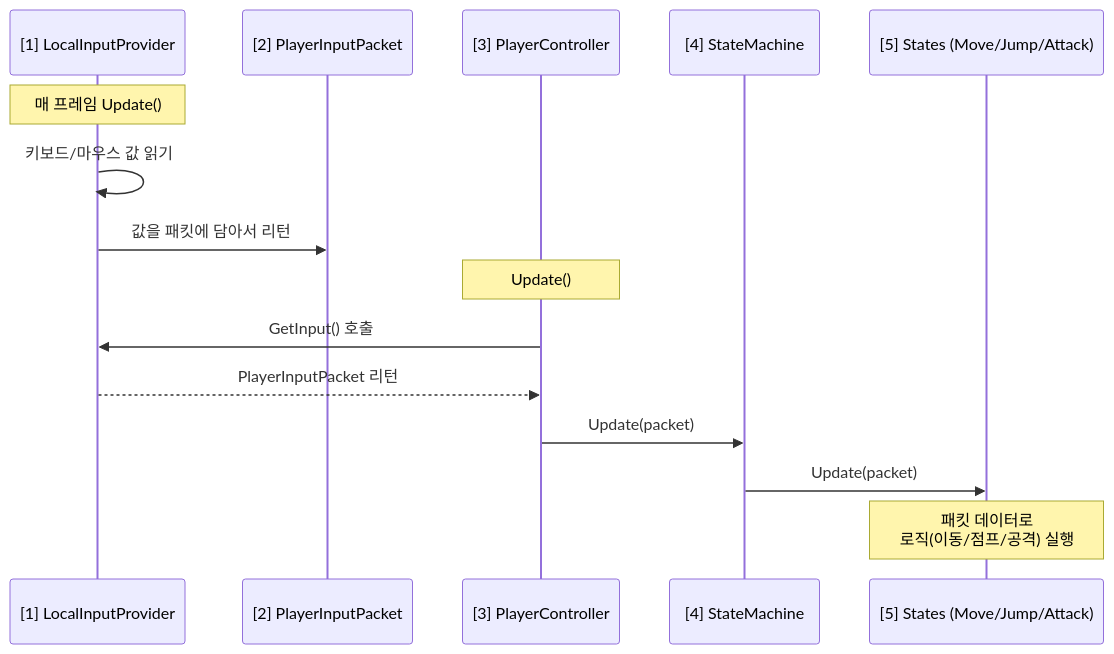
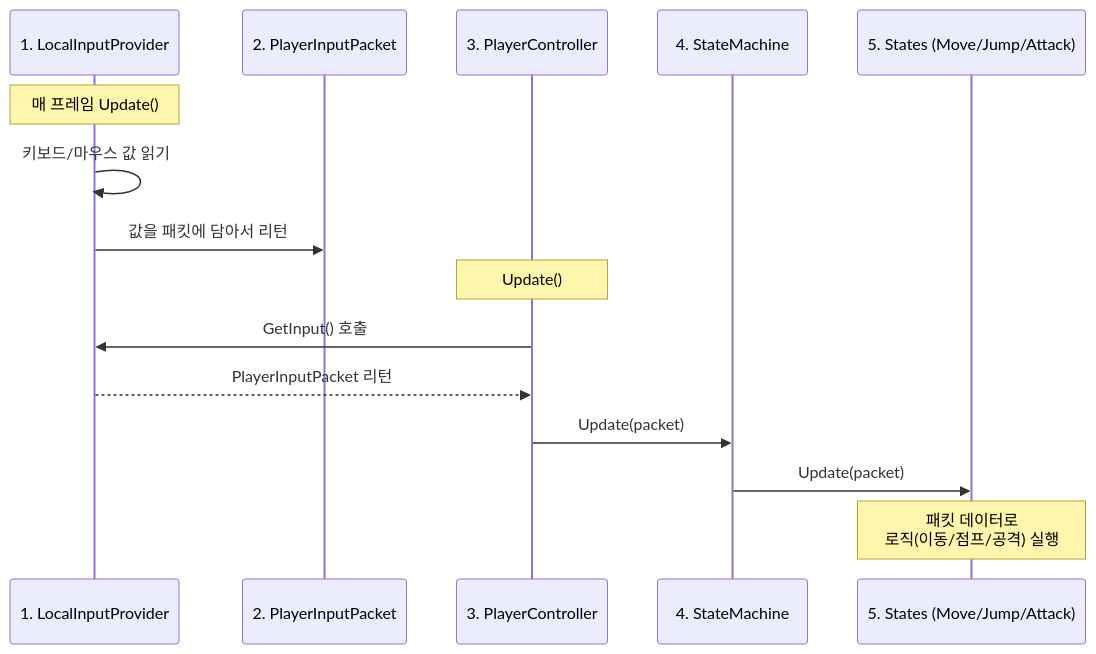
One commit to BallTank/BossRaidPortfolio changed the diagram in docs/technical/Input_FSM_Flow.md. Above: the diagram before and after it, drawn with Mermaid. The commit also changed 9 other files, not shown here.

````diff
--- a/docs/technical/Input_FSM_Flow.md
+++ b/docs/technical/Input_FSM_Flow.md
@@ -9,19 +9,19 @@
 ```mermaid
 sequenceDiagram
-    participant Input as [1] LocalInputProvider
-    participant Packet as [2] PlayerInputPacket
-    participant PC as [3] PlayerController
-    participant SM as [4] StateMachine
-    participant State as [5] States (Move/Jump/Attack)
+    participant Input as 1. LocalInputProvider
+    participant Packet as 2. PlayerInputPacket
+    participant PC as 3. PlayerController
+    participant SM as 4. StateMachine
+    participant State as 5. States (Move/Jump/Attack)
 
     Note over Input: 매 프레임 Update()
     Input->>Input: 키보드/마우스 값 읽기
     Input->>Packet: 값을 패킷에 담아서 리턴
 
     Note over PC: Update()
     PC->>Input: GetInput() 호출
     Input-->>PC: PlayerInputPacket 리턴
     PC->>SM: Update(packet)
     SM->>State: Update(packet)
     Note over State: 패킷 데이터로<br/>로직(이동/점프/공격) 실행
 ```
````
